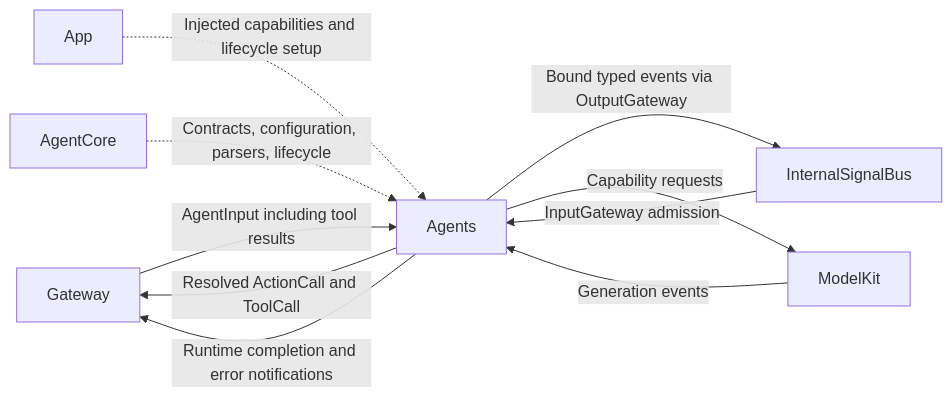
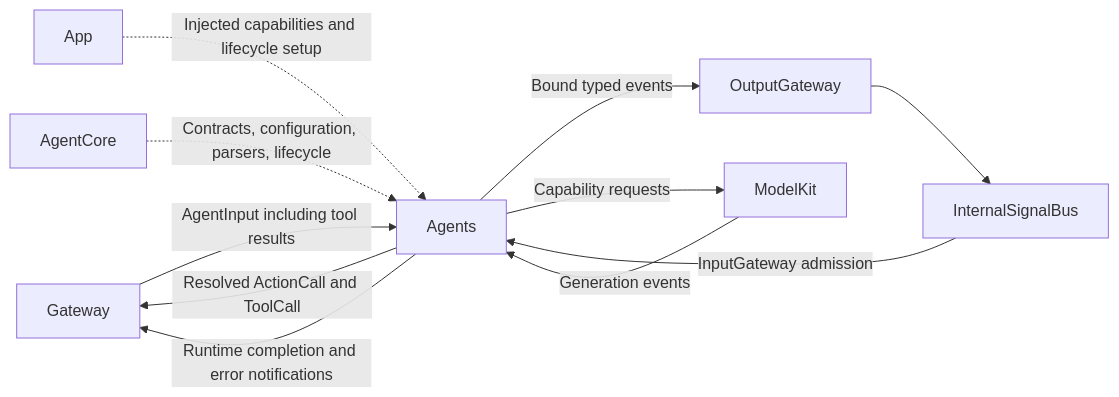
Before and after one commit to devilyouwei/MobileHarness: the diagram in MobileHarness/Agents/README.md, drawn with Mermaid. The commit also changed other lines of this file and 63 other files, not shown here.

````diff
--- a/MobileHarness/Agents/README.md
+++ b/MobileHarness/Agents/README.md
@@ -9,12 +9,13 @@
 ```mermaid
 flowchart LR
     Gateway -->|AgentInput including tool results| Agents
     Agents -->|Resolved ActionCall and ToolCall| Gateway
     Agents -->|Runtime completion and error notifications| Gateway
-    Agents -->|Bound typed events via OutputGateway| Bus[InternalSignalBus]
+    Agents -->|Bound typed events| OutputGateway
+    OutputGateway --> Bus[InternalSignalBus]
     Bus -->|InputGateway admission| Agents
     Agents -->|Capability requests| ModelKit
     ModelKit -->|Generation events| Agents
     App -.->|Injected capabilities and lifecycle setup| Agents
     AgentCore -.->|Contracts, configuration, parsers, lifecycle| Agents
 ```
````
